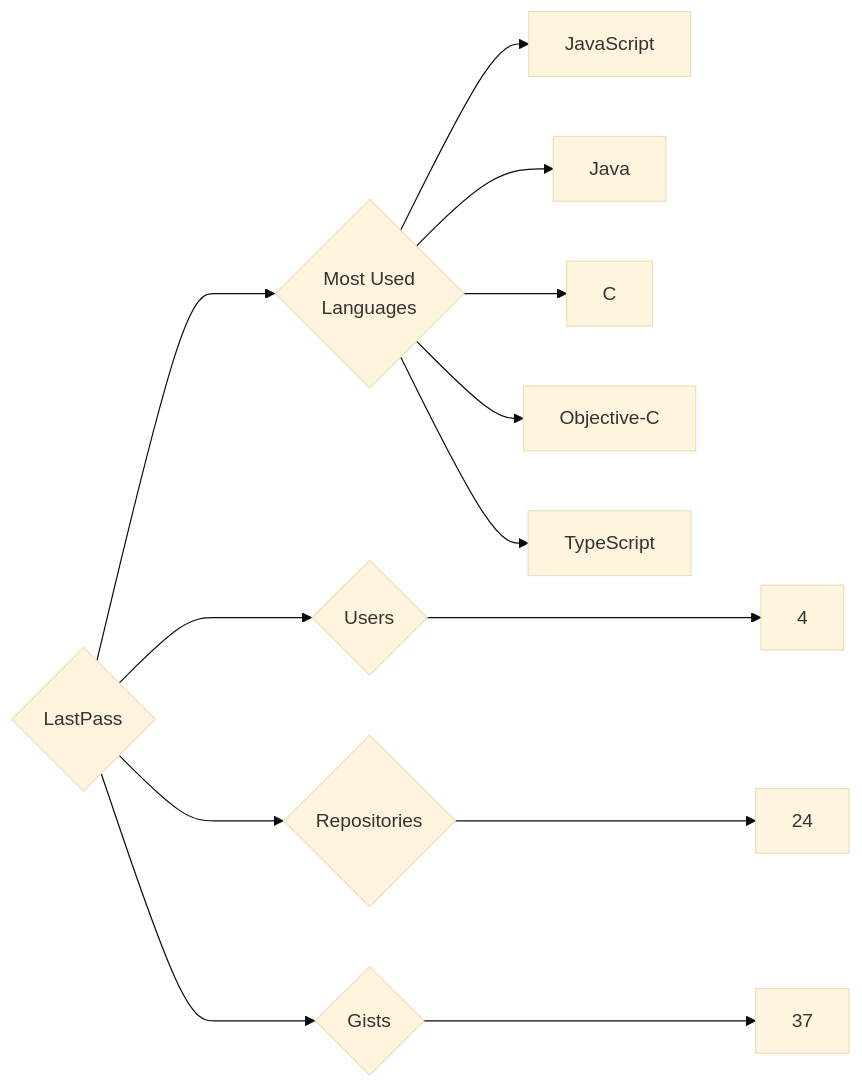
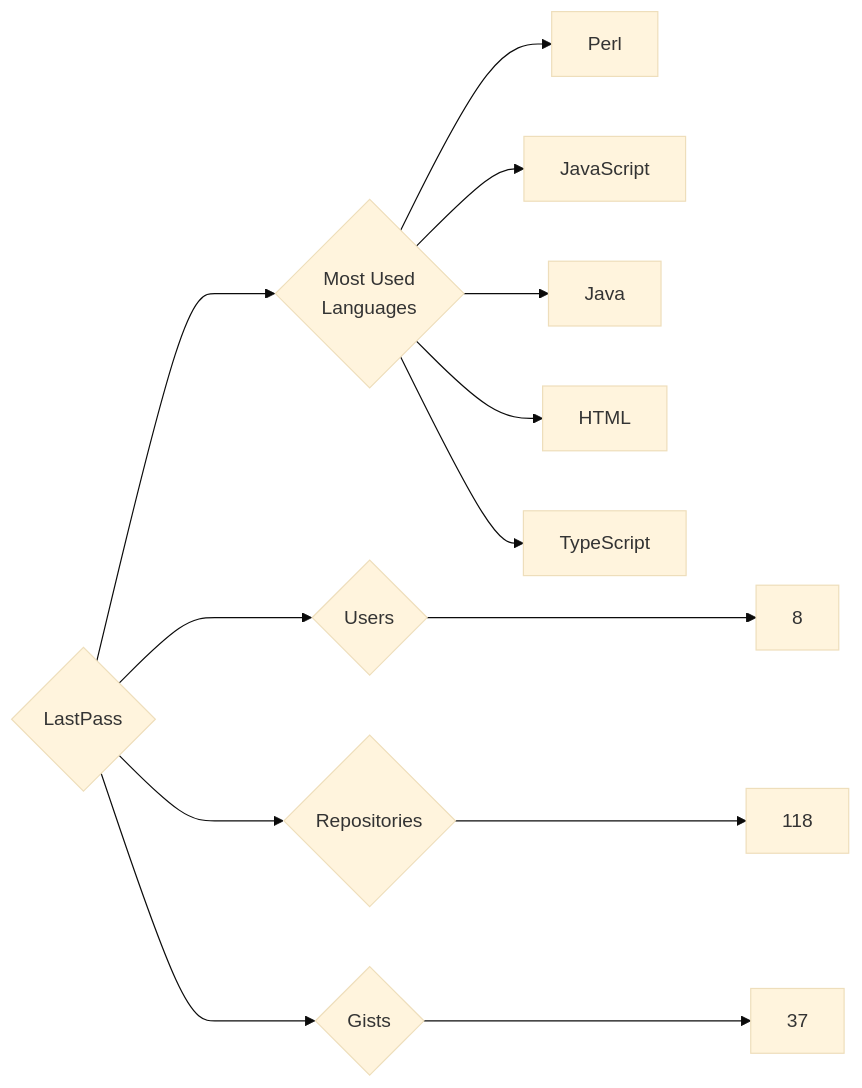
Before and after one commit to trickest/insiders: the diagram in targets/LastPass/README.md, drawn with Mermaid (base theme). The commit also changed 965 other files, not shown here.

````diff
--- a/targets/LastPass/README.md
+++ b/targets/LastPass/README.md
@@ -3,13 +3,13 @@
 ```mermaid
 graph LR
 COMPANY_NAME{LastPass}
-COMPANY_NAME ---> U{Users} ---> UN[4]
-COMPANY_NAME ---> R{Repositories} ---> RN[24]
+COMPANY_NAME ---> U{Users} ---> UN[8]
+COMPANY_NAME ---> R{Repositories} ---> RN[118]
 COMPANY_NAME ---> G{Gists} ---> GN[37]
 COMPANY_NAME ---> ML{Most Used<br>Languages}
+ML --> Perl[Perl]
 ML --> JavaScript[JavaScript]
 ML --> Java[Java]
-ML --> C[C]
-ML --> Objective-C[Objective-C]
+ML --> HTML[HTML]
 ML --> TypeScript[TypeScript]
 ```
````
